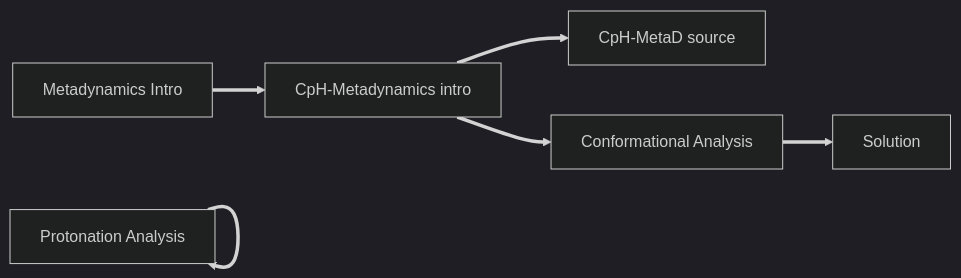
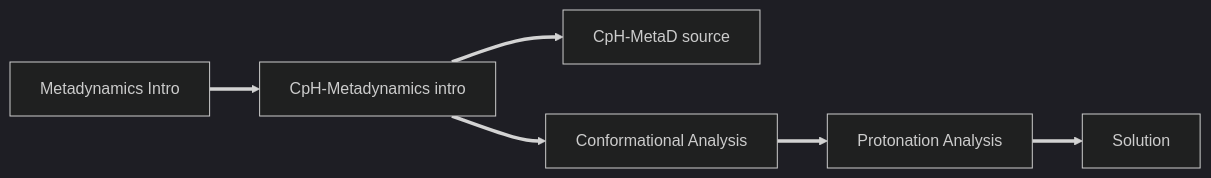
The diagram in NAVIGATION.md (Tomfersil/CpHMetaD_Tutorial), drawn with Mermaid (dark theme) before and after one commit.

````diff
--- a/NAVIGATION.md
+++ b/NAVIGATION.md
@@ -1,15 +1,15 @@
 ```mermaid
 flowchart LR
 A[Metadynamics Intro] ==> B[CpH-Metadynamics intro]
 B ==> C[CpH-MetaD source]
 B ==> D[Conformational Analysis]
-E ==> E[Protonation Analysis]
-D ==> F[Solution]
+D ==> E[Protonation Analysis]
+E ==> F[Solution]
 
 click A "ref1" "A brief introduction to metadynamics is useful before executing this tutorial"
 click B "README.md" "A theoretical introduction to the CpH-Metadynamics method"
 click B "ref3" "Take a look into the source page and material for the CpH-Metadynamics"
 click D "Conformation.md" "Perform the conformation analysis of CpH-Metadynamics."
 click E "Protonation.md" "Perform the protonation analysis of CpH-Metadynamics"
 click F "notebooks/solution.ipynb" "A python notebook containing a full set of solutions for the exercise"
 ```
````
